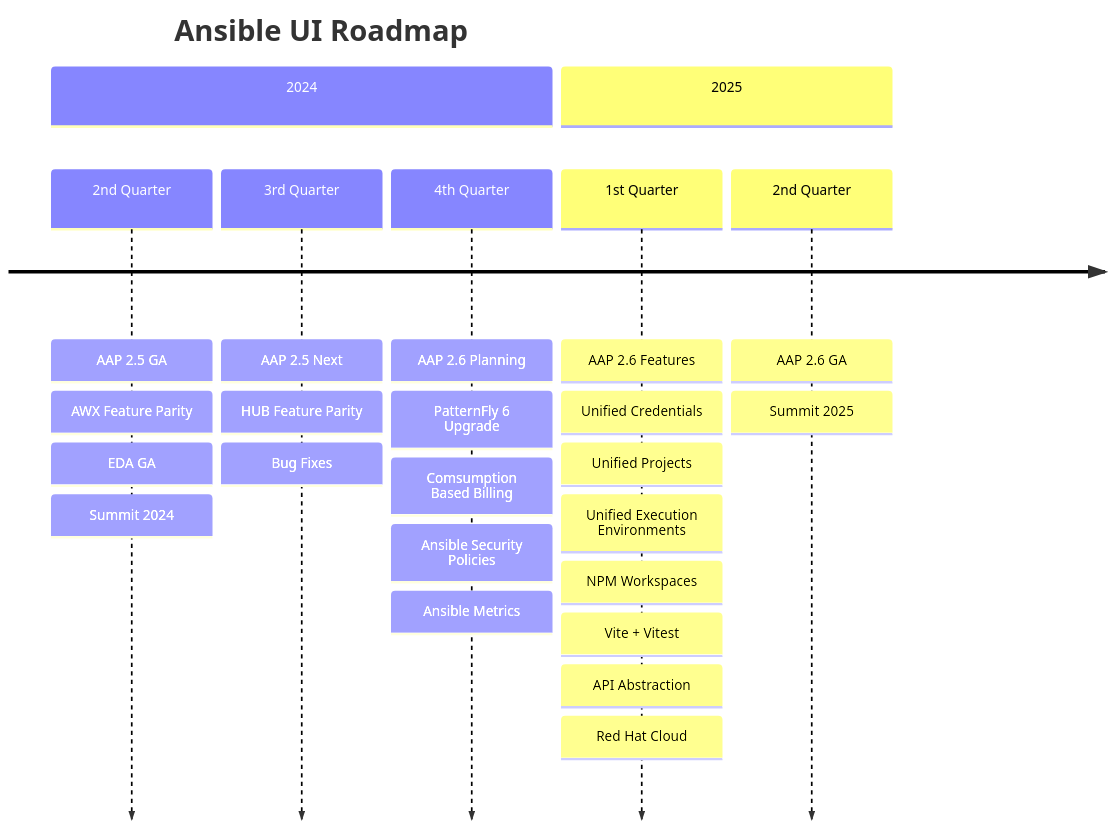
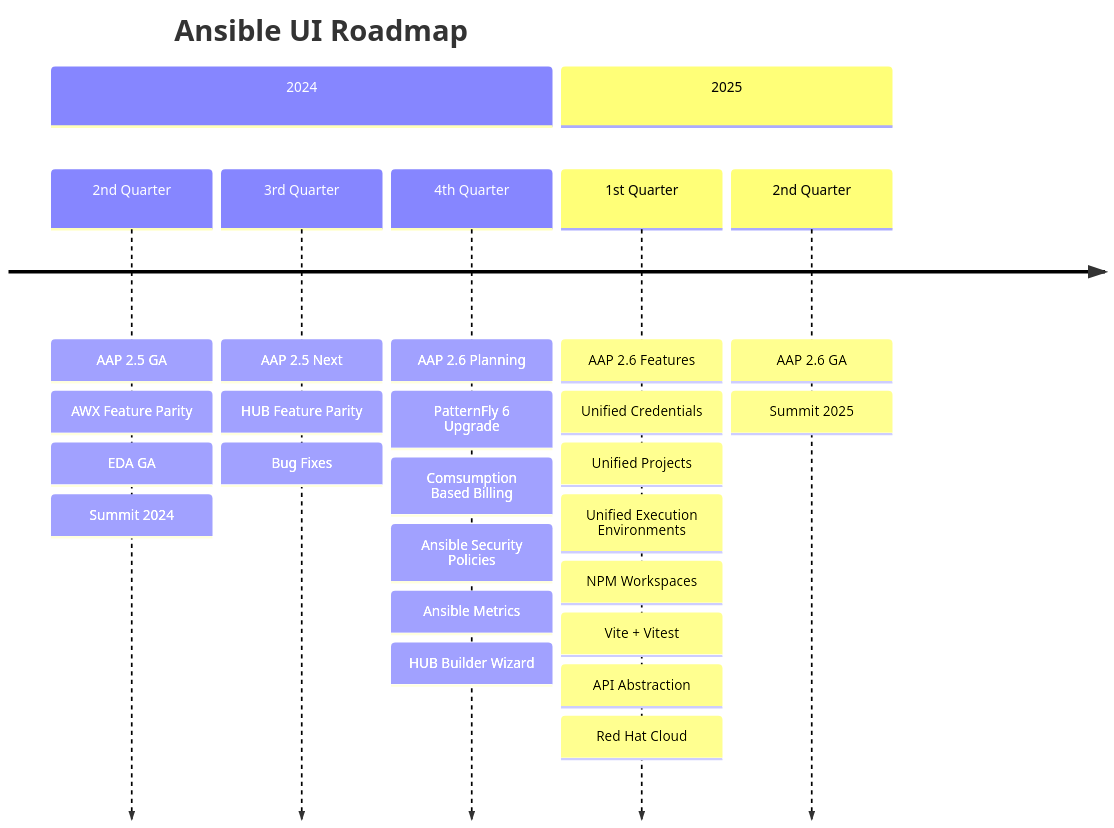
One commit to ansible/ansible-ui changed the diagram in platform/ROADMAP.md. Above: the diagram before and after it, drawn with Mermaid.

````diff
--- a/platform/ROADMAP.md
+++ b/platform/ROADMAP.md
@@ -4,34 +4,35 @@
 ```mermaid
 timeline
   title Ansible UI Roadmap
   section 2024
     2nd Quarter 
       : AAP 2.5 GA
       : AWX Feature Parity
       : EDA GA
       : Summit 2024
     3rd Quarter
       : AAP 2.5 Next
       : HUB Feature Parity
       : Bug Fixes
     4th Quarter
       : AAP 2.6 Planning
       : PatternFly 6 Upgrade
       : Comsumption Based Billing
       : Ansible Security Policies
       : Ansible Metrics
+      : HUB Builder Wizard
   section 2025
     1st Quarter
       : AAP 2.6 Features
       : Unified Credentials
       : Unified Projects
       : Unified Execution Environments
       : NPM Workspaces
       : Vite + Vitest
       : API Abstraction
       : Red Hat Cloud
     2nd Quarter
       : AAP 2.6 GA
       : Summit 2025
 
 ```
````
